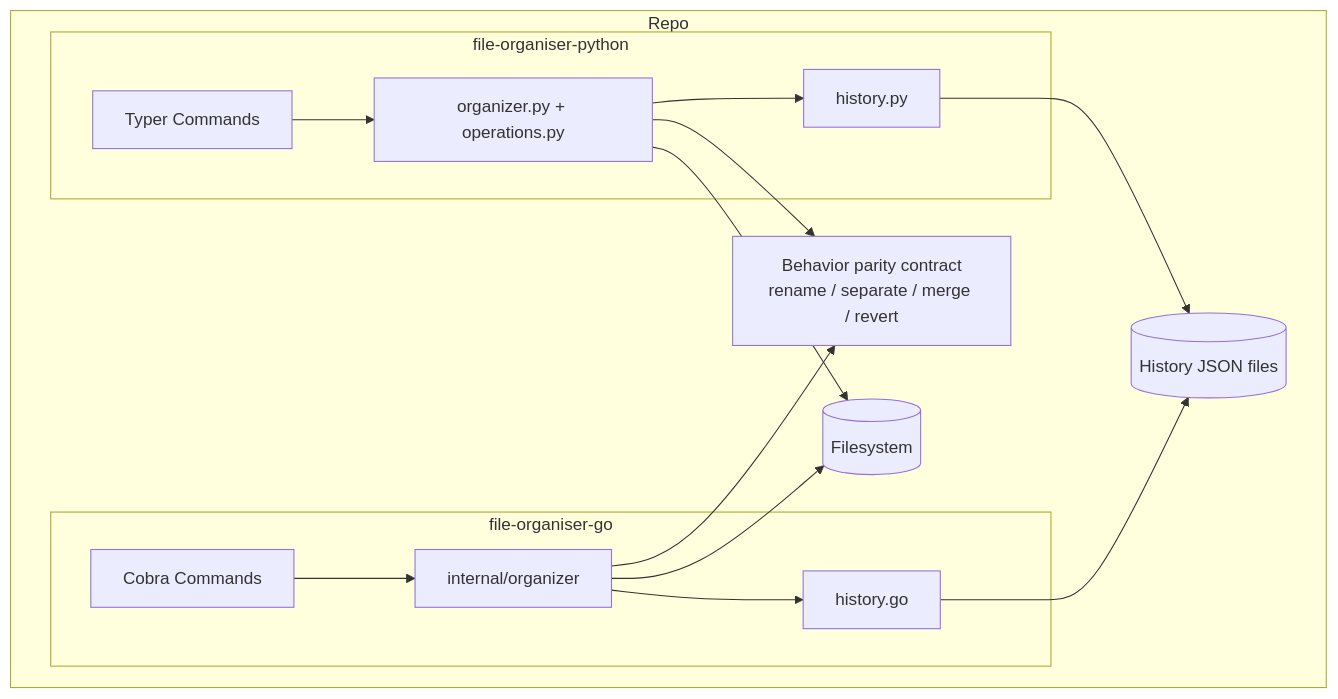
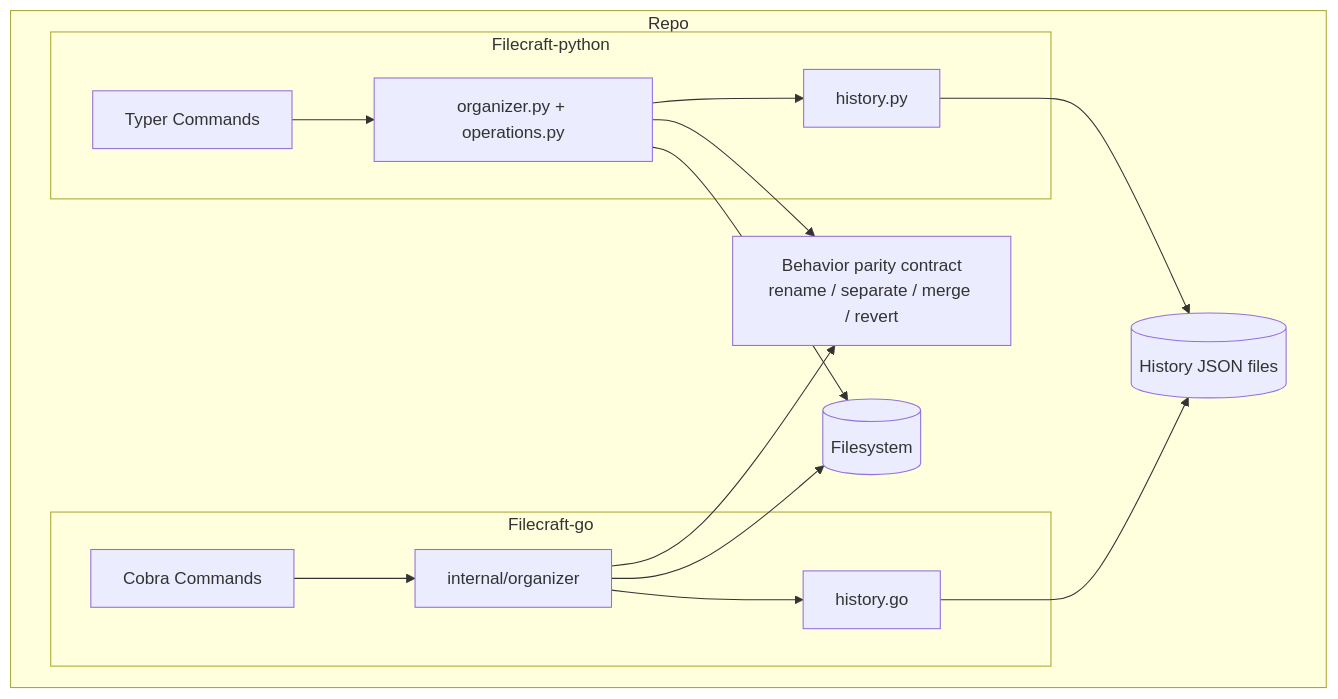
Before and after one commit to murtazapatel89100/Filecraft: the diagram in docs/ARCHITECTURE.md, drawn with Mermaid. The commit also changed other lines of this file and 84 other files, not shown here.

````diff
--- a/docs/ARCHITECTURE.md
+++ b/docs/ARCHITECTURE.md
@@ -7,33 +7,33 @@
 ```mermaid
 flowchart TB
   subgraph Repo
-    subgraph Python[file-organiser-python]
+    subgraph Python[Filecraft-python]
       PYCLI[Typer Commands]
       PYCORE[organizer.py + operations.py]
       PYHIST[history.py]
     end
 
-    subgraph Go[file-organiser-go]
+    subgraph Go[Filecraft-go]
       GOCLI[Cobra Commands]
       GOCORE[internal/organizer]
       GOHIST[history.go]
     end
 
     SHARED["Behavior parity contract<br/>rename / separate / merge / revert"]
     FS[(Filesystem)]
     HIST[(History JSON files)]
   end
 
   PYCLI --> PYCORE
   PYCORE --> PYHIST
   GOCLI --> GOCORE
   GOCORE --> GOHIST
 
   PYCORE --> SHARED
   GOCORE --> SHARED
 
   PYCORE --> FS
   GOCORE --> FS
   PYHIST --> HIST
   GOHIST --> HIST
 ```
````
